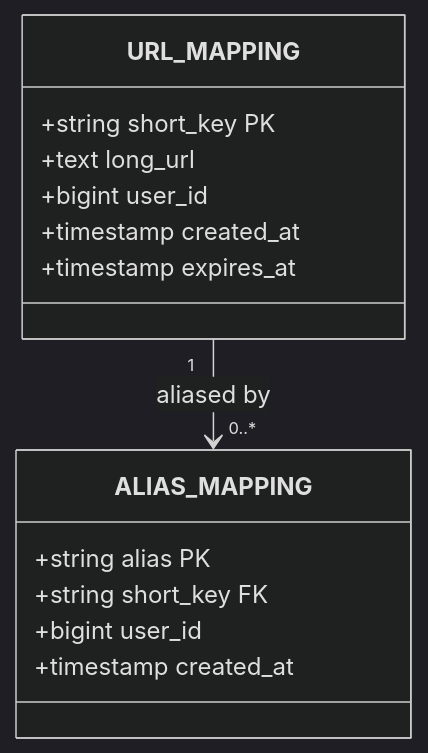
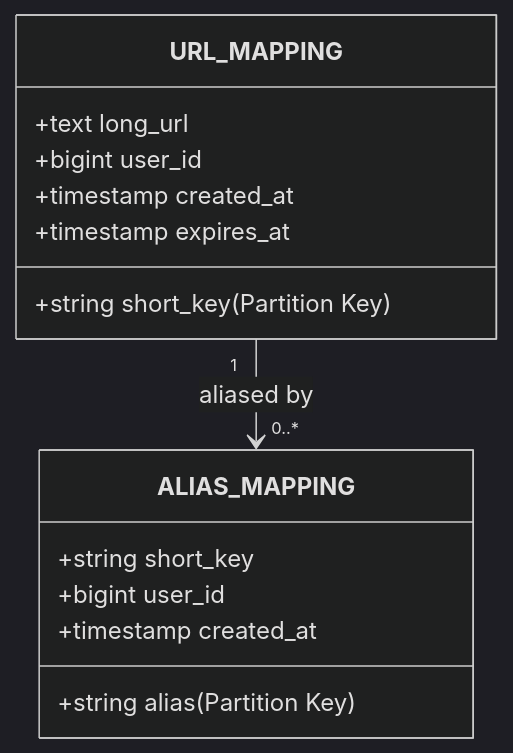
Before and after one commit to hemantkgupta/url-shortener: the eighth of 23 diagrams in url-shortener-system-design-1.md, drawn with Mermaid (dark theme). The commit also changed other lines of this file and 156 other files, not shown here.

````diff
--- a/url-shortener-system-design-1.md
+++ b/url-shortener-system-design-1.md
@@ -433,17 +404,17 @@
 ```mermaid
 classDiagram
     class URL_MAPPING {
-        +string short_key PK
+        +string short_key (Partition Key)
         +text long_url
         +bigint user_id
         +timestamp created_at
         +timestamp expires_at
     }
     class ALIAS_MAPPING {
-        +string alias PK
-        +string short_key FK
+        +string alias (Partition Key)
+        +string short_key
         +bigint user_id
         +timestamp created_at
     }
     URL_MAPPING "1" --> "0..*" ALIAS_MAPPING : aliased by
 ```
````
